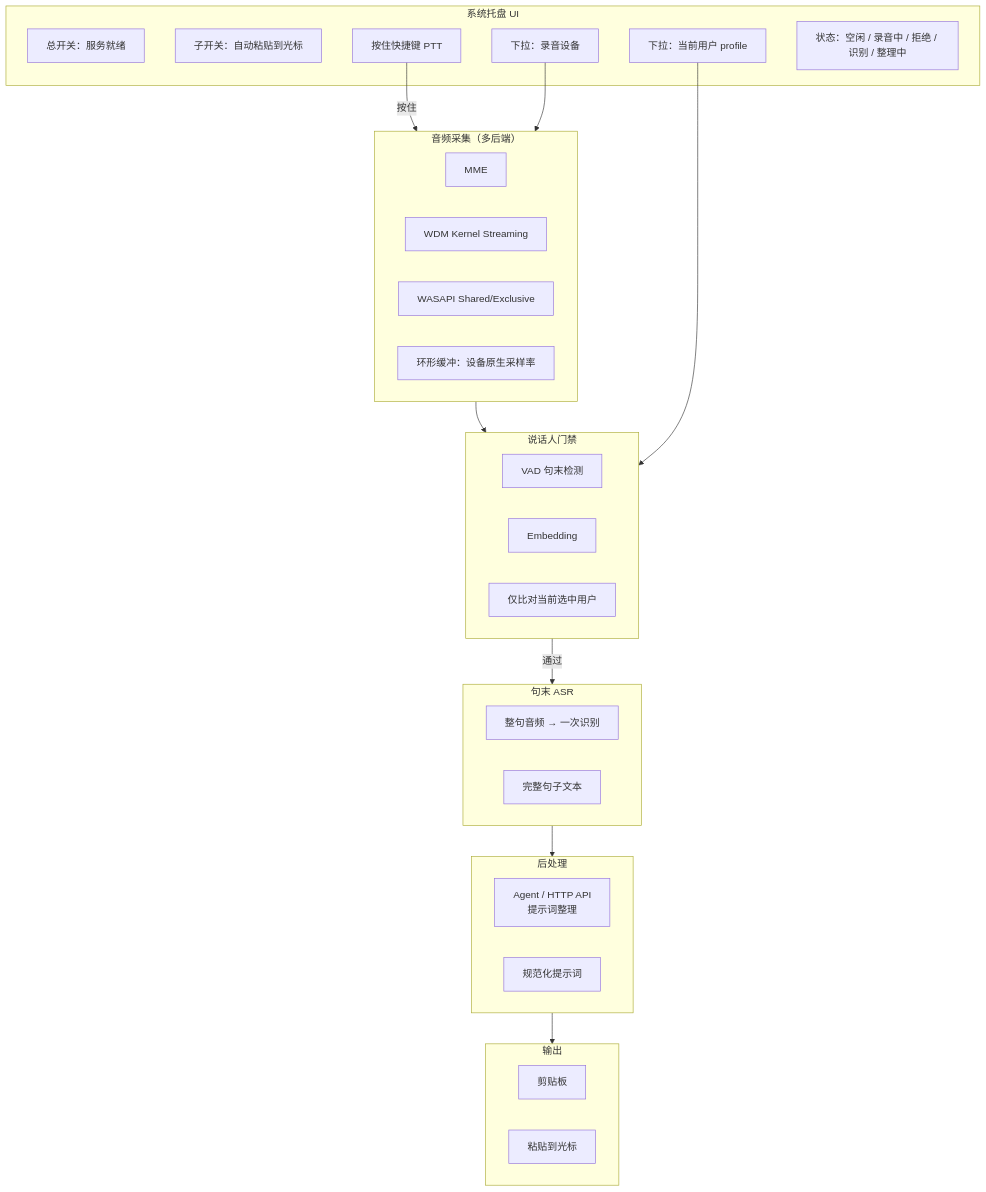
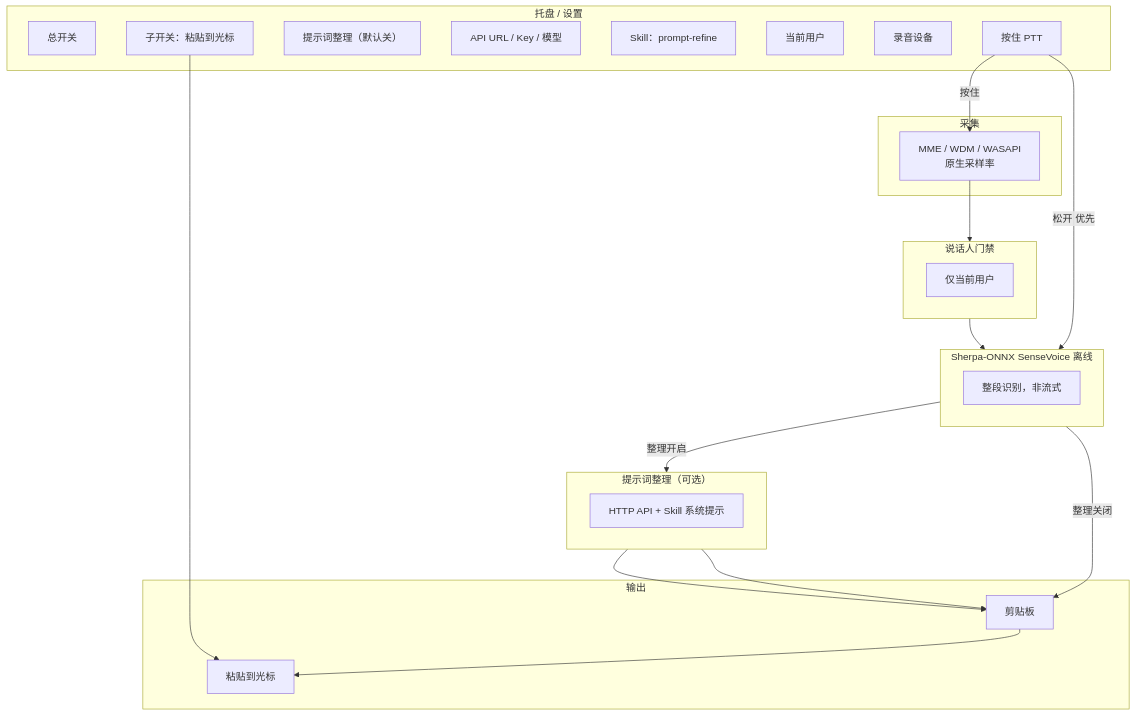
The diagram in README.md (wangyuanzhong/array-mic-refreshment), drawn with Mermaid before and after one commit. The commit also changed other lines of this file and 1 other file, not shown here.

Commit message:
docs: lock C#/Sherpa/SenseVoice decisions, output rules, ASR guide, prompt-refine skill

````diff
--- a/README.md
+++ b/README.md
@@ -66,46 +41,43 @@
 ```mermaid
 flowchart TB
-    subgraph Tray["系统托盘 UI"]
-        SW1["总开关：服务就绪"]
-        SW2["子开关：自动粘贴到光标"]
-        USER["下拉：当前用户 profile"]
-        DEV["下拉：录音设备"]
-        HOTKEY["按住快捷键 PTT"]
-        ST["状态：空闲 / 录音中 / 拒绝 / 识别 / 整理中"]
+    subgraph Tray["托盘 / 设置"]
+        SW1["总开关"]
+        SW2["子开关：粘贴到光标"]
+        AGT["提示词整理（默认关）"]
+        APISET["API URL / Key / 模型"]
+        SKILL["Skill：prompt-refine"]
+        USER["当前用户"]
+        DEV["录音设备"]
+        PTT["按住 PTT"]
     end
 
-    subgraph Capture["音频采集（多后端）"]
-        MME["MME"]
-        WDM["WDM Kernel Streaming"]
-        WASAPI["WASAPI Shared/Exclusive"]
-        RING["环形缓冲：设备原生采样率"]
+    subgraph Capture["采集"]
+        AUDIO["MME / WDM / WASAPI<br/>原生采样率"]
     end
 
     subgraph Gate["说话人门禁"]
-        VAD["VAD 句末检测"]
-        EMB["Embedding"]
-        CMP["仅比对当前选中用户"]
+        SPK["仅当前用户"]
     end
 
-    subgraph ASR["句末 ASR"]
-        SEG["整句音频 → 一次识别"]
-        TEXT["完整句子文本"]
+    subgraph ASR["Sherpa-ONNX SenseVoice 离线"]
+        OFF["整段识别，非流式"]
     end
 
-    subgraph Post["后处理"]
-        API["Agent / HTTP API<br/>提示词整理"]
-        OUTTEXT["规范化提示词"]
+    subgraph LLM["提示词整理（可选）"]
+        REF["HTTP API + Skill 系统提示"]
     end
 
     subgraph Out["输出"]
         CB["剪贴板"]
-        INJ["粘贴到光标"]
+        PST["粘贴到光标"]
     end
 
-    HOTKEY -->|按住| Capture
-    Capture --> Gate
-    Gate -->|通过| ASR
-    ASR --> Post --> Out
-    USER --> Gate
-    DEV --> Capture
+    PTT -->|按住| AUDIO
+    PTT -->|松开 优先| ASR
+    AUDIO --> Gate --> ASR
+    ASR -->|整理开启| LLM --> CB
+    ASR -->|整理关闭| CB
+    LLM --> CB
+    CB --> PST
+    SW2 --> PST
 ```
````
